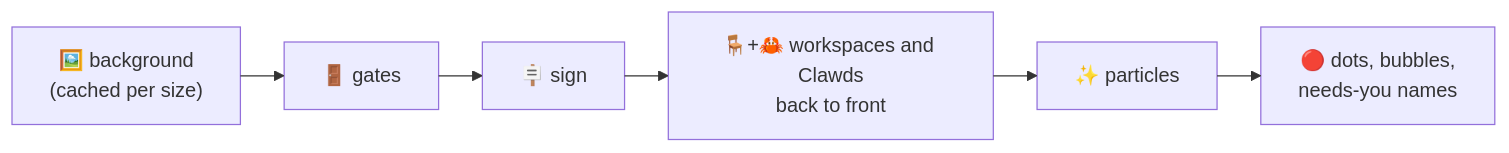
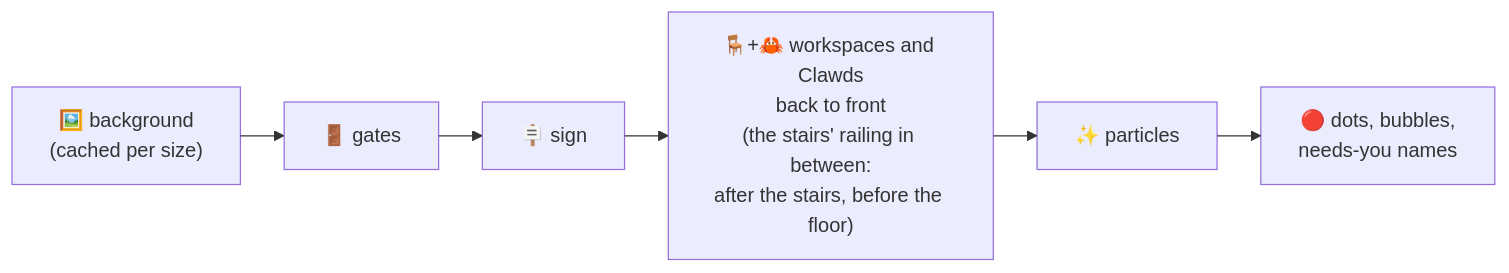
Before and after one commit to zelvet-velvet/clawd-room: the second of 2 diagrams in Clawd Room Note/Notes/Rooms and Art.md, drawn with Mermaid. The commit also changed other lines of this file and 11 other files, not shown here.

First line of the commit message:
fix(themes): Clawds walk the stairs behind the railing (drawn among the Clawds); no gap in the railing where the stairs meet the half floor

````diff
--- a/Clawd Room Note/Notes/Rooms and Art.md
+++ b/Clawd Room Note/Notes/Rooms and Art.md
@@ -72,5 +72,5 @@
 ```mermaid
 %%{init: {"flowchart": {"defaultRenderer": "elk"}}}%%
 flowchart LR
-    BG["🖼️ background<br/>(cached per size)"] --> Gates["🚪 gates"] --> Sign["🪧 sign"] --> Mix["🪑+🦀 workspaces and Clawds<br/>back to front"] --> Parts["✨ particles"] --> Marks["🔴 dots, bubbles,<br/>needs-you names"]
+    BG["🖼️ background<br/>(cached per size)"] --> Gates["🚪 gates"] --> Sign["🪧 sign"] --> Mix["🪑+🦀 workspaces and Clawds<br/>back to front<br/>(the stairs' railing in between:<br/>after the stairs, before the floor)"] --> Parts["✨ particles"] --> Marks["🔴 dots, bubbles,<br/>needs-you names"]
 ```
````
